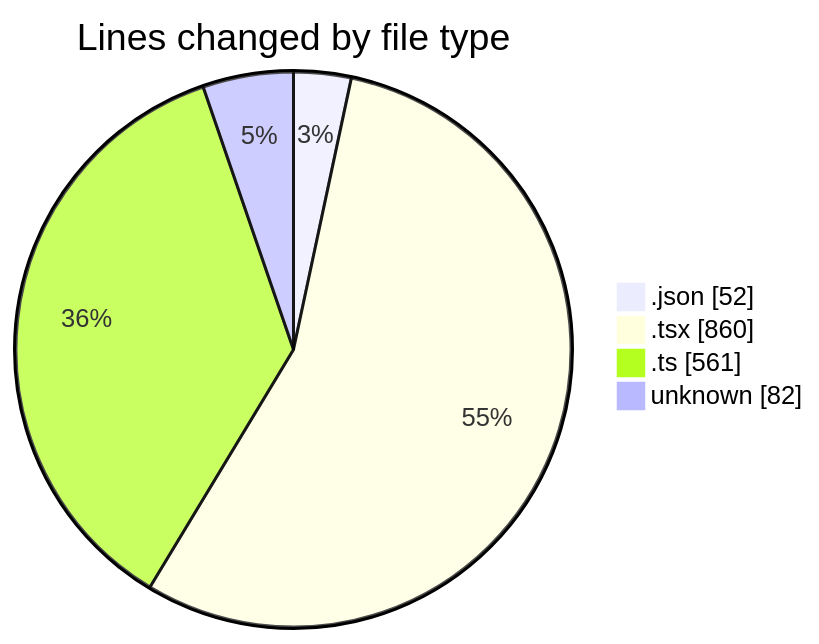
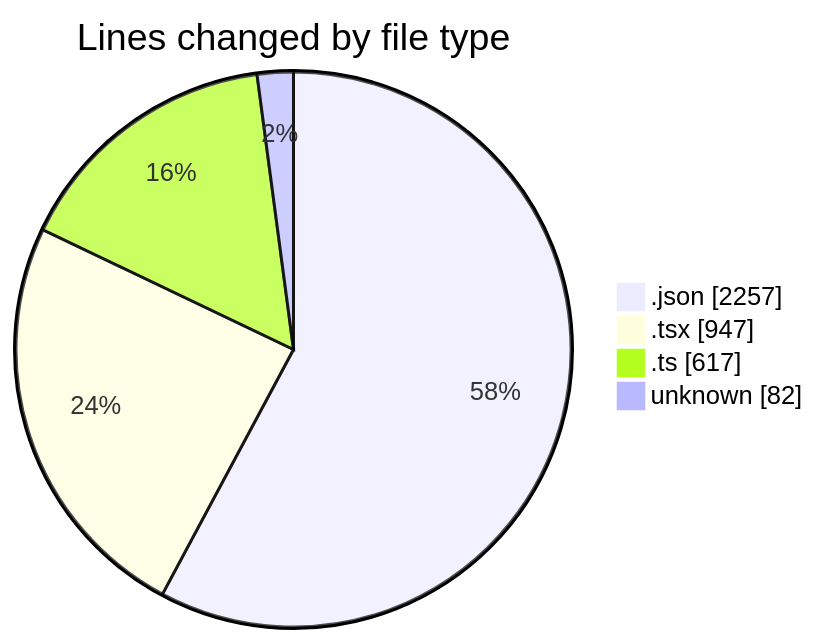
One commit to julien-gomy/code-tracking changed the first of 2 diagrams in 2025-10-29/eventscop-frontend-guide__workspace_/README.md. Above: the diagram before and after it, drawn with Mermaid. The commit also changed other lines of this file and 1 other file, not shown here.

````diff
--- a/2025-10-29/eventscop-frontend-guide__workspace_/README.md
+++ b/2025-10-29/eventscop-frontend-guide__workspace_/README.md
@@ -35,8 +45,8 @@
 ```mermaid
 pie showData
 title Lines changed by file type
-".json" : 52
-".tsx" : 860
-".ts" : 561
+".json" : 2257
+".tsx" : 947
+".ts" : 617
 "unknown" : 82
 ```
````
